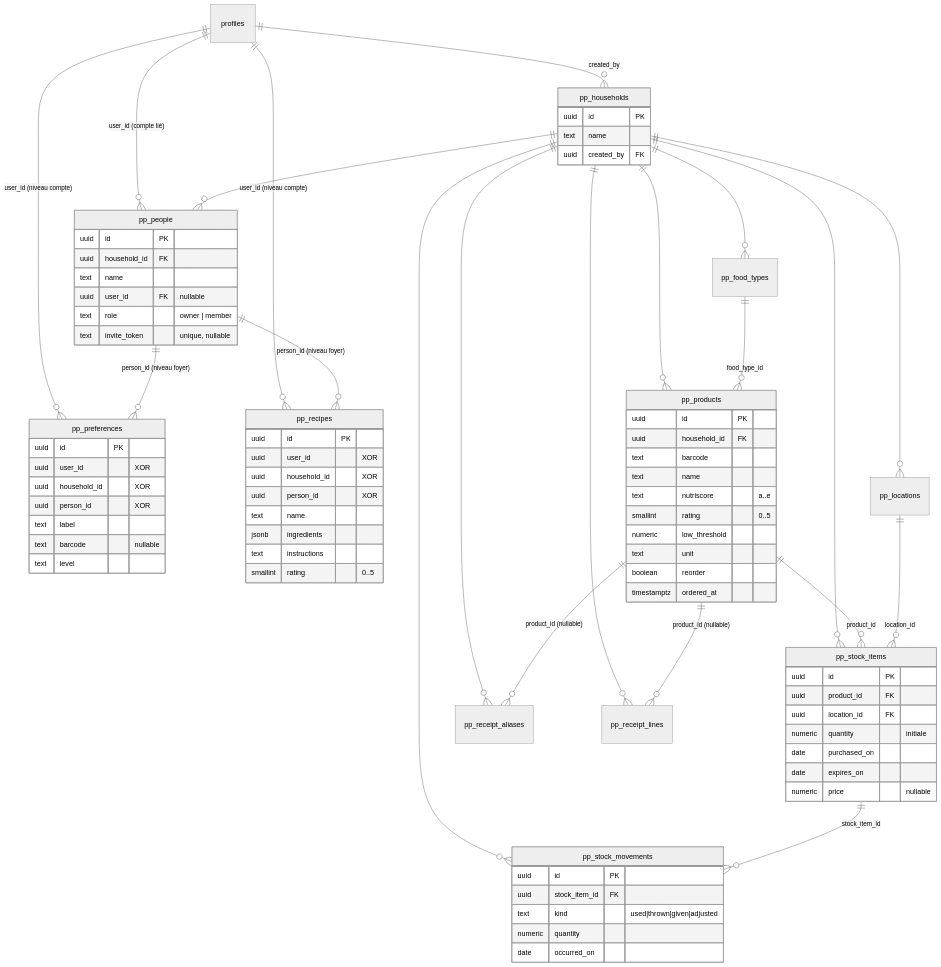
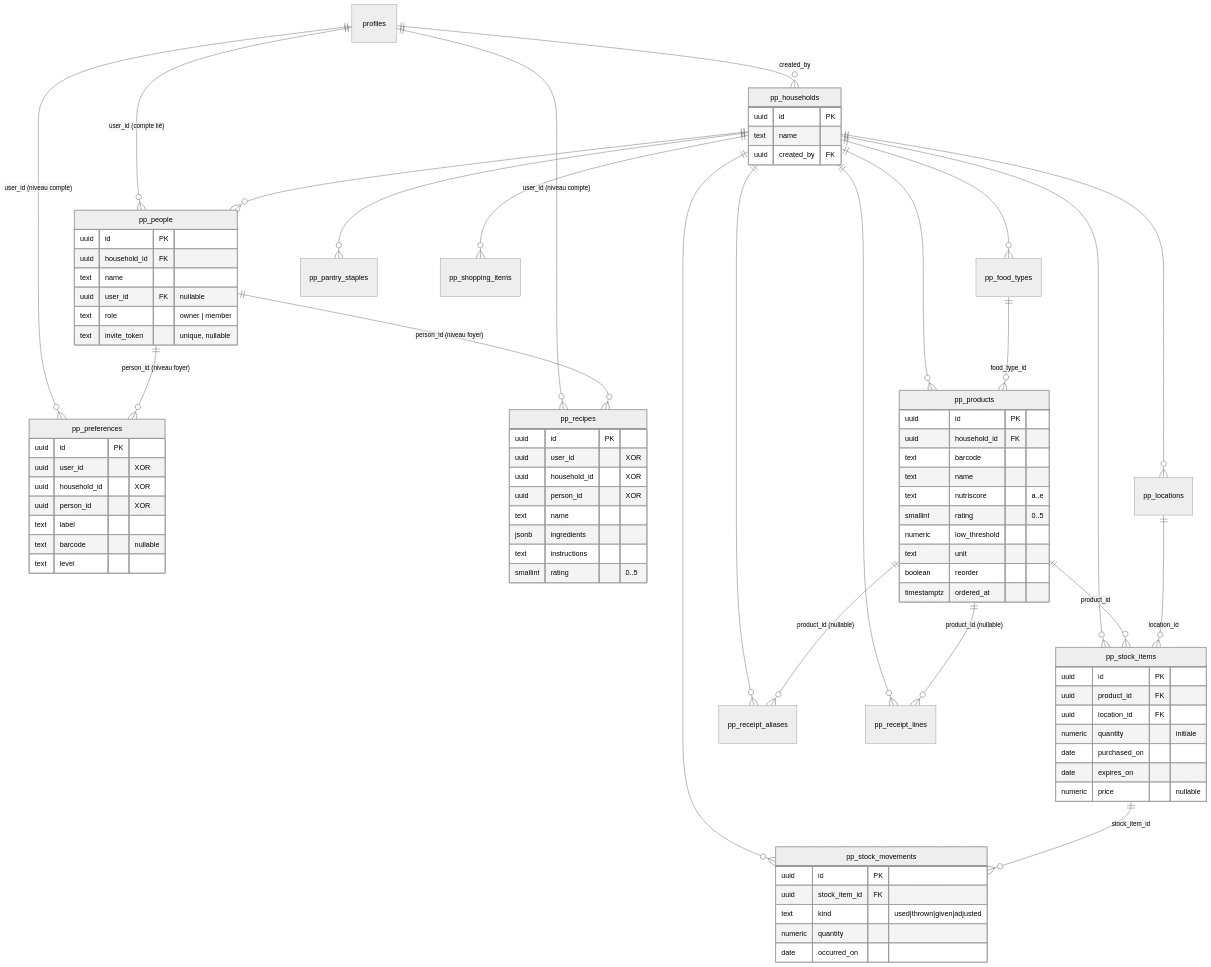
One commit to Jabbalh/PopotteEtPlacard changed the diagram in docs/base-de-donnees.md. Above: the diagram before and after it, drawn with Mermaid (neutral theme). The commit also changed other lines of this file and 16 other files, not shown here.

```diff
--- a/docs/base-de-donnees.md
+++ b/docs/base-de-donnees.md
@@ -70,6 +71,8 @@
     pp_households ||--o{ pp_receipt_lines : ""
     pp_products ||--o{ pp_receipt_lines : "product_id (nullable)"
     pp_products ||--o{ pp_receipt_aliases : "product_id (nullable)"
+    pp_households ||--o{ pp_pantry_staples : ""
+    pp_households ||--o{ pp_shopping_items : ""
 
     pp_food_types ||--o{ pp_products : "food_type_id"
     pp_products ||--o{ pp_stock_items : "product_id"
```
